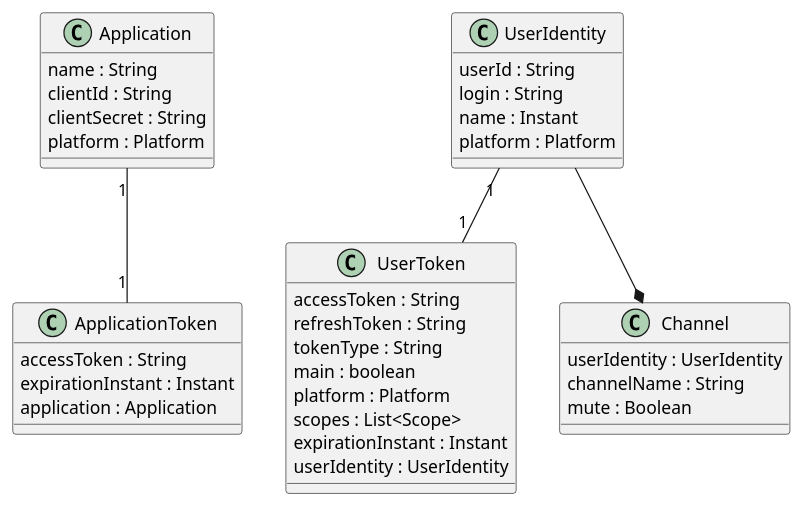
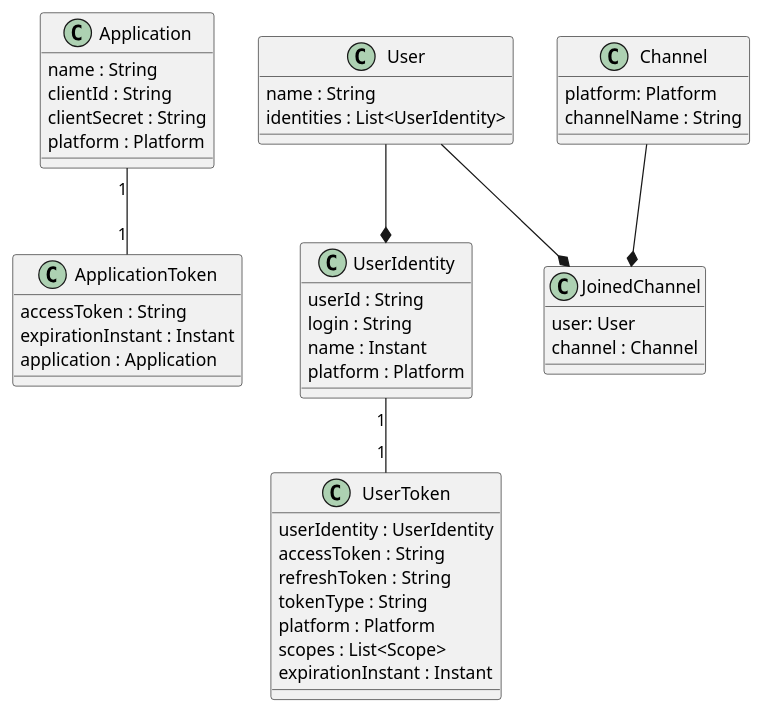
The diagram in docs/Domain.puml (baracil/perobobbot), drawn with PlantUML before and after one commit. The commit also changed 91 other files, not shown here.

```diff
--- a/docs/Domain.puml
+++ b/docs/Domain.puml
@@ -1,46 +1,59 @@
 @startuml
 
 class Application {
   name : String
   clientId : String
   clientSecret : String
   platform : Platform
 }
 
 class ApplicationToken {
   accessToken : String
   expirationInstant : Instant
   application : Application
 }
 
+class User {
+    name : String
+    identities : List<UserIdentity>
+}
+
 class UserIdentity {
   userId : String
   login : String
   name : Instant
   platform : Platform
 }
 
 class UserToken {
+  userIdentity : UserIdentity
   accessToken : String
   refreshToken : String
   tokenType : String
-  main : boolean
   platform : Platform
   scopes : List<Scope>
   expirationInstant : Instant
-  userIdentity : UserIdentity
 }
 
 class Channel {
-  userIdentity : UserIdentity
+  platform: Platform
   channelName : String
-  mute : Boolean
+}
+
+class JoinedChannel {
+  user: User
+  channel : Channel
 }
 
 Application "1"--"1" ApplicationToken
 
+User --* UserIdentity
+User --* JoinedChannel
+
+Channel --* JoinedChannel
+
 UserIdentity "1"--"1" UserToken
 
-UserIdentity --* Channel
+
 
 @enduml
```
